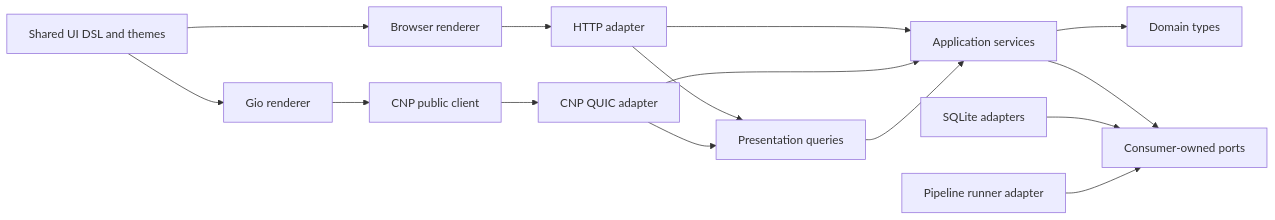
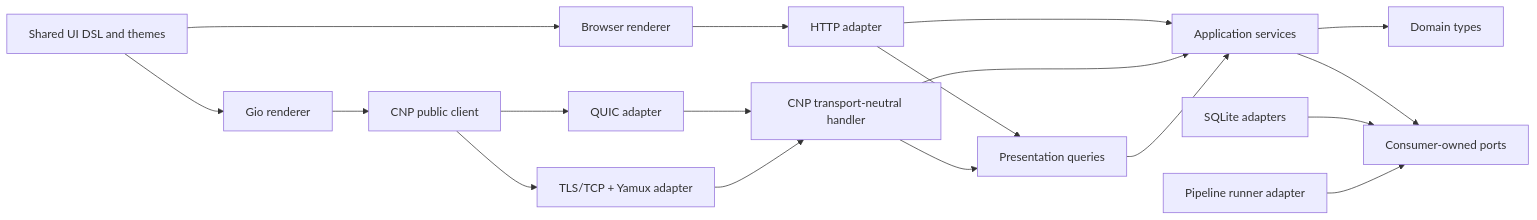
Before and after one commit to izzyreal/ciwi: the first of 4 diagrams in docs/architecture.md, drawn with Mermaid. The commit also changed other lines of this file and 40 other files, not shown here.

Commit message:
Add TCP transport for native CNP clients

````diff
--- a/docs/architecture.md
+++ b/docs/architecture.md
@@ -14,17 +14,20 @@
 ```mermaid
 flowchart LR
   WEB[Browser renderer] --> HTTP[HTTP adapter]
   GIO[Gio renderer] --> CNPCLIENT[CNP public client]
   HTTP --> APP[Application services]
-  CNP[CNP QUIC adapter] --> APP
-  CNPCLIENT --> CNP
+  CNP[CNP transport-neutral handler] --> APP
+  QUIC[QUIC adapter] --> CNP
+  TCP[TLS/TCP + Yamux adapter] --> CNP
+  CNPCLIENT --> QUIC
+  CNPCLIENT --> TCP
   APP --> DOMAIN[Domain types]
   PRES[Presentation queries] --> APP
   HTTP --> PRES
   CNP --> PRES
   APP --> PORTS[Consumer-owned ports]
   SQLITE[SQLite adapters] --> PORTS
   RUNNER[Pipeline runner adapter] --> PORTS
   DSL[Shared UI DSL and themes] --> WEB
   DSL --> GIO
 ```
````
